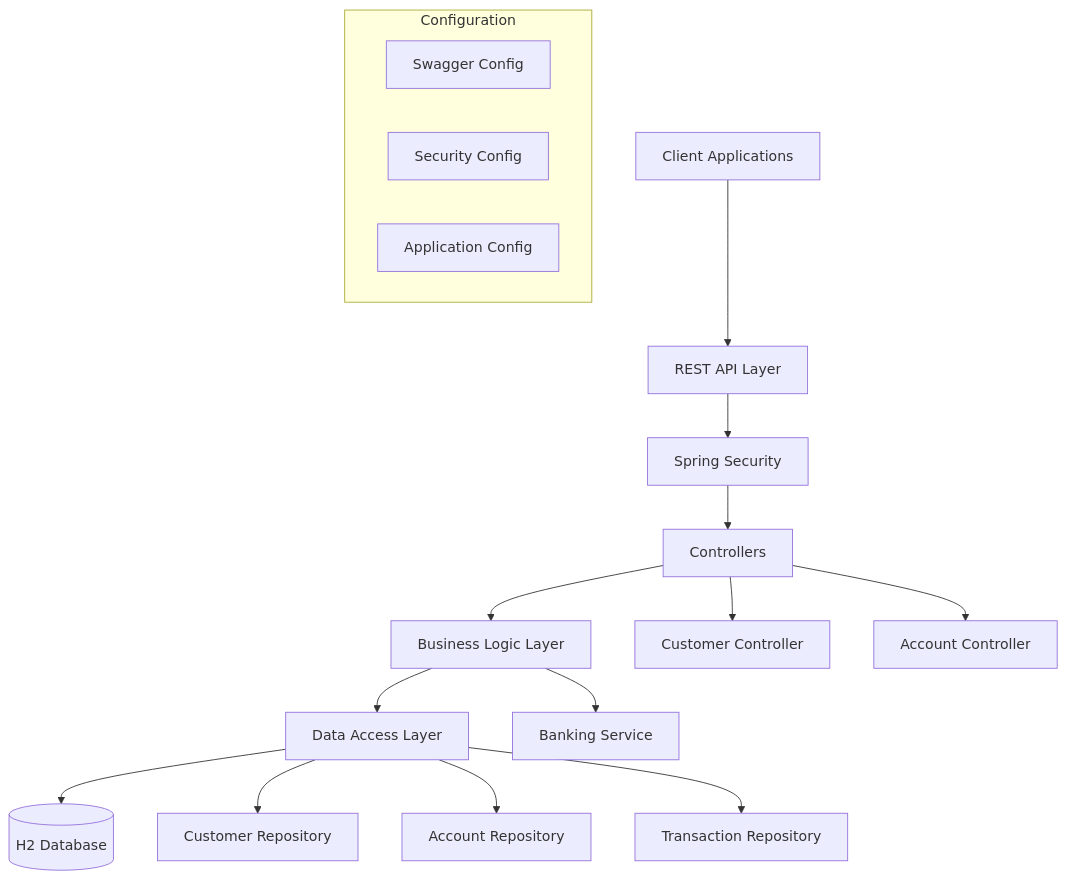
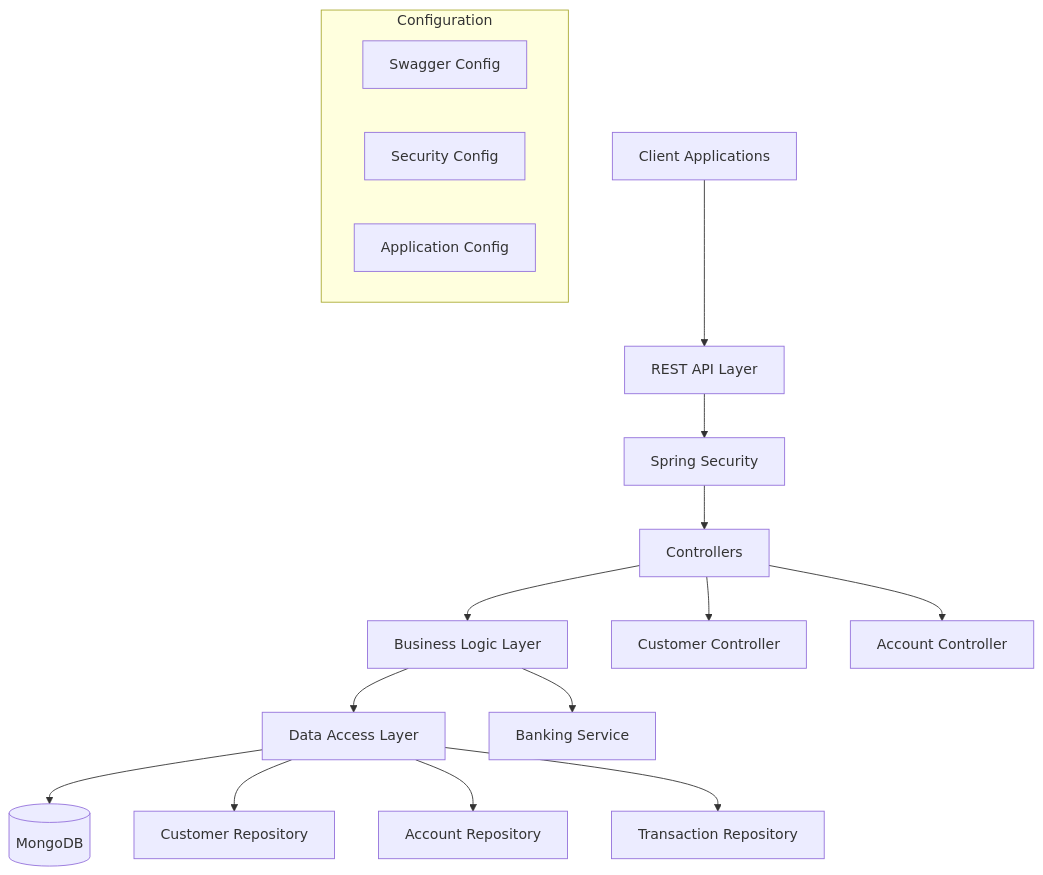
Before and after one commit to COG-GTM/java-migration-8-11: the diagram in README_NEW.md, drawn with Mermaid. The commit also changed other lines of this file and 31 other files, not shown here.

````diff
--- a/README_NEW.md
+++ b/README_NEW.md
@@ -205,24 +208,24 @@
 ```mermaid
 graph TD
     Client[Client Applications] --> API[REST API Layer]
     API --> Security[Spring Security]
     Security --> Controllers[Controllers]
     Controllers --> Services[Business Logic Layer]
     Services --> Repositories[Data Access Layer]
-    Repositories --> Database[(H2 Database)]
+    Repositories --> Database[(MongoDB)]
     
     Controllers --> CustomerController[Customer Controller]
     Controllers --> AccountController[Account Controller]
     
     Services --> BankingService[Banking Service]
     
     Repositories --> CustomerRepo[Customer Repository]
     Repositories --> AccountRepo[Account Repository]
     Repositories --> TransactionRepo[Transaction Repository]
     
     subgraph "Configuration"
         SwaggerConfig[Swagger Config]
         SecurityConfig[Security Config]
         AppConfig[Application Config]
     end
 ```
````
